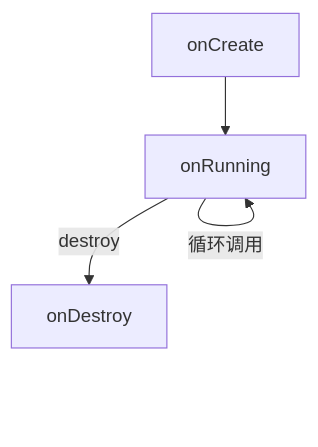
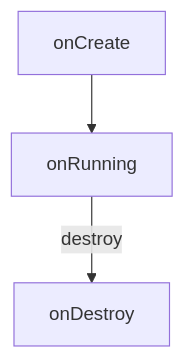
The second of 5 diagrams in README.md (Forairaaaaa/mooncake), drawn with Mermaid before and after one commit. The commit also changed other lines of this file, not shown here.

````diff
--- a/README.md
+++ b/README.md
@@ -211,7 +211,6 @@
 ```mermaid
 graph TD;
     onCreate-->onRunning;
-    onRunning-- 循环调用 -->onRunning;
     onRunning-- destroy -->onDestroy;
     
 ```
````
